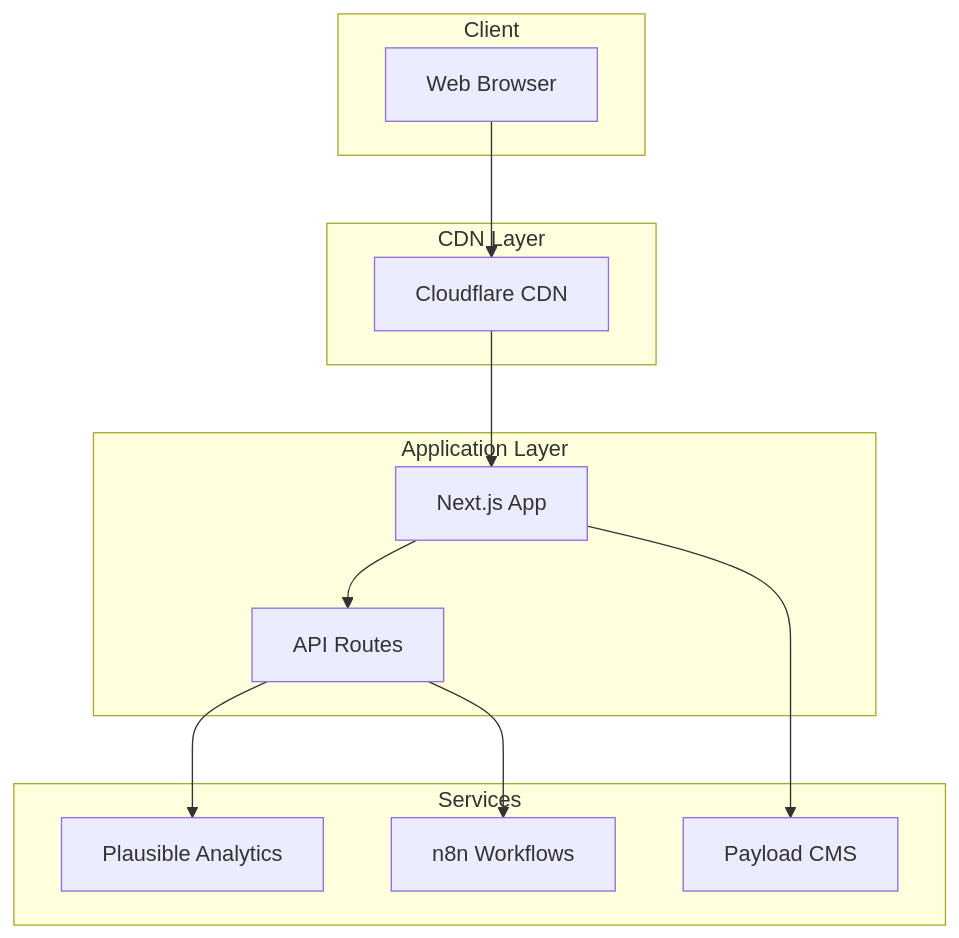
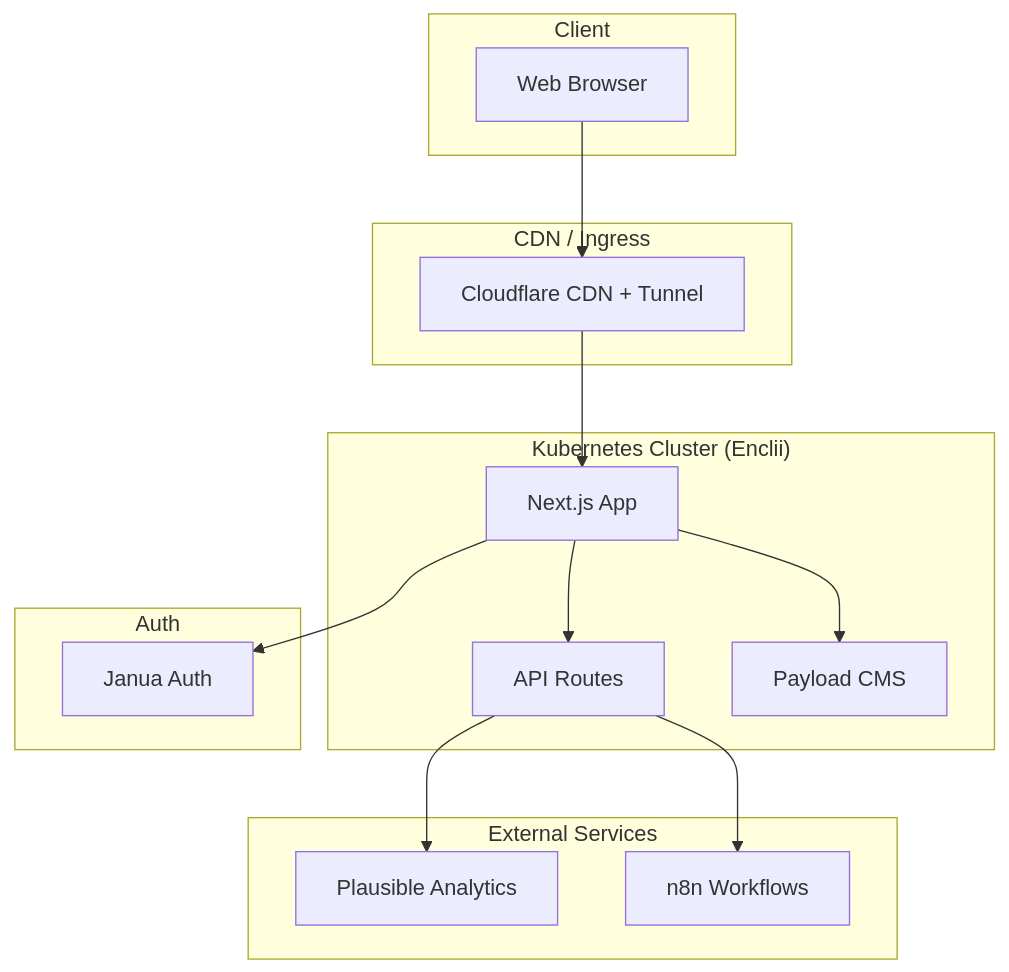
Before and after one commit to madfam-org/madfam-site: the first of 2 diagrams in docs/development/ARCHITECTURE.md, drawn with Mermaid. The commit also changed other lines of this file and 39 other files, not shown here.

````diff
--- a/docs/development/ARCHITECTURE.md
+++ b/docs/development/ARCHITECTURE.md
@@ -9,28 +9,33 @@
 ```mermaid
 graph TB
     subgraph "Client"
         Browser[Web Browser]
     end
 
-    subgraph "CDN Layer"
-        CF[Cloudflare CDN]
+    subgraph "CDN / Ingress"
+        CF[Cloudflare CDN + Tunnel]
     end
 
-    subgraph "Application Layer"
+    subgraph "Kubernetes Cluster (Enclii)"
         Next[Next.js App]
         API[API Routes]
+        CMS[Payload CMS]
     end
 
-    subgraph "Services"
+    subgraph "Auth"
+        Janua[Janua Auth]
+    end
+
+    subgraph "External Services"
         Analytics[Plausible Analytics]
         N8N[n8n Workflows]
-        CMS[Payload CMS]
     end
 
     Browser --> CF
     CF --> Next
     Next --> API
+    Next --> Janua
     API --> Analytics
     API --> N8N
     Next --> CMS
 ```
````
